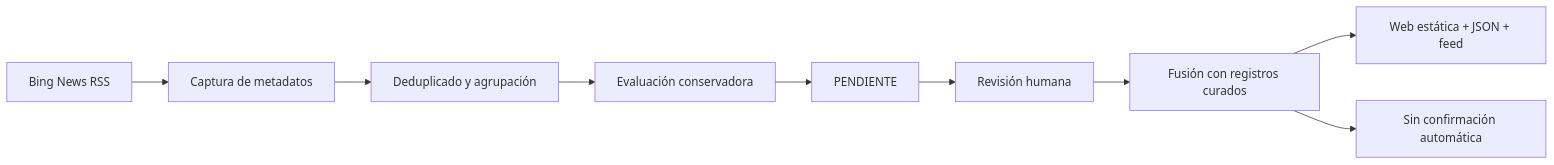
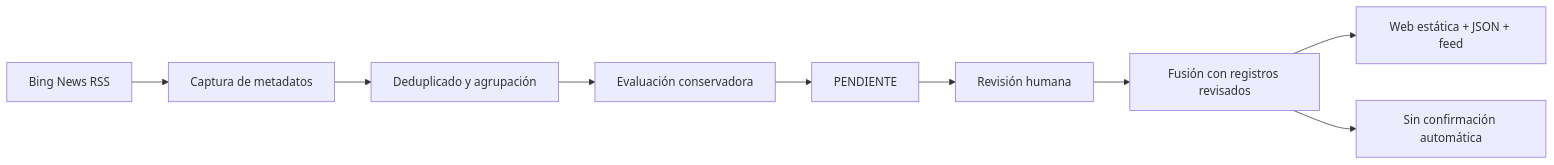
The diagram in README.md (mcasrom/zona-gris-atlas), drawn with Mermaid before and after one commit. The commit also changed other lines of this file and 23 other files, not shown here.

````diff
--- a/README.md
+++ b/README.md
@@ -45,11 +45,11 @@
 ```mermaid
 flowchart LR
   A[Bing News RSS] --> B[Captura de metadatos]
   B --> C[Deduplicado y agrupación]
   C --> D[Evaluación conservadora]
   D --> E[PENDIENTE]
   E --> H[Revisión humana]
-  H --> F[Fusión con registros curados]
+  H --> F[Fusión con registros revisados]
   F --> G[Web estática + JSON + feed]
   F --> X[Sin confirmación automática]
 ```
````
